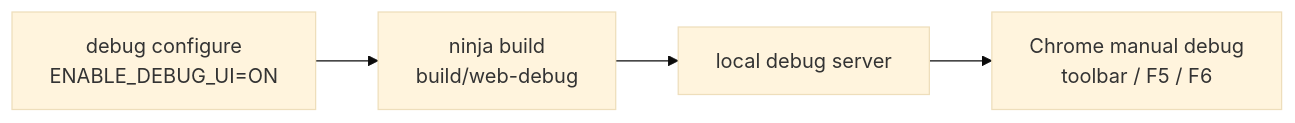
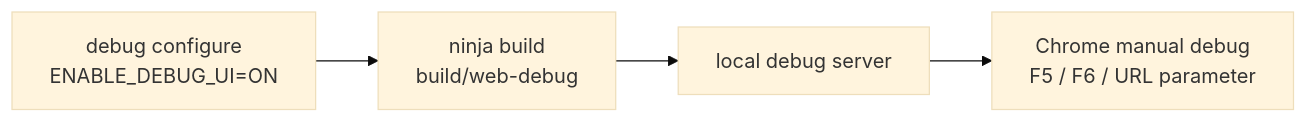
The second of 3 diagrams in docs/web_release.md (WispSnow/TinyFarmRPG), drawn with Mermaid (base theme) before and after one commit. The commit also changed other lines of this file and 6 other files, not shown here.

````diff
--- a/docs/web_release.md
+++ b/docs/web_release.md
@@ -150,6 +150,6 @@
 ```mermaid
 flowchart LR
   A["debug configure<br/>ENABLE_DEBUG_UI=ON"] --> B["ninja build<br/>build/web-debug"]
   B --> C["local debug server"]
-  C --> D["Chrome manual debug<br/>toolbar / F5 / F6"]
+  C --> D["Chrome manual debug<br/>F5 / F6 / URL parameter"]
 ```
````
